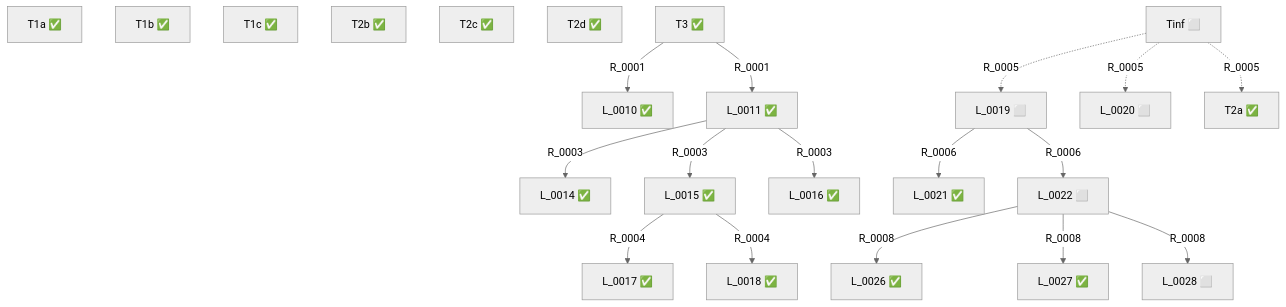
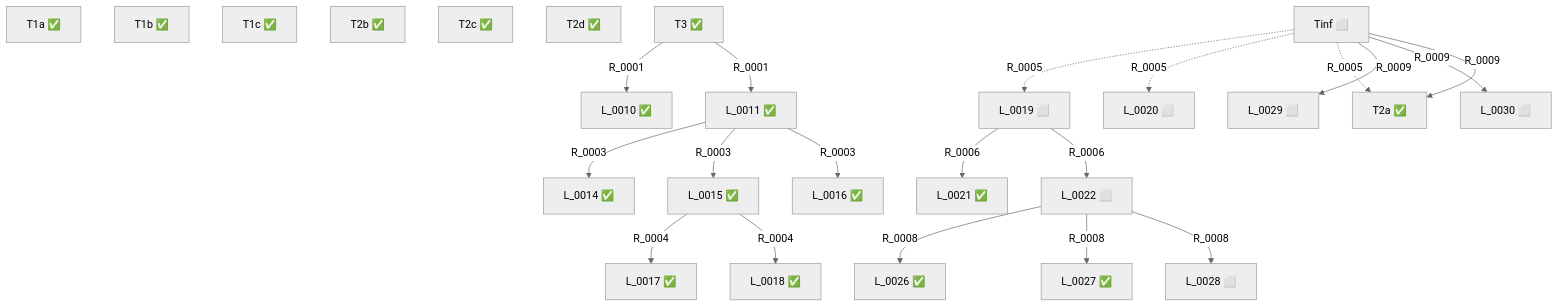
Before and after one commit to ruca-maths/nickel: the diagram in STATUS.md, drawn with Mermaid (neutral theme). The commit also changed other lines of this file and 5 other files, not shown here.

Commit message:
architect-1: Proofs.R_0009 を受理

````diff
--- a/STATUS.md
+++ b/STATUS.md
@@ -41,41 +43,46 @@
 ```mermaid
 graph TD
   L_0001["T1a ✅"]
   L_0002["T1b ✅"]
   L_0003["T1c ✅"]
   L_0004["T2a ✅"]
   L_0005["T2b ✅"]
   L_0006["T2c ✅"]
   L_0007["T2d ✅"]
   L_0008["T3 ✅"]
   L_0009["Tinf ⬜"]
   L_0010["L_0010 ✅"]
   L_0011["L_0011 ✅"]
   L_0014["L_0014 ✅"]
   L_0015["L_0015 ✅"]
   L_0016["L_0016 ✅"]
   L_0017["L_0017 ✅"]
   L_0018["L_0018 ✅"]
   L_0019["L_0019 ⬜"]
   L_0020["L_0020 ⬜"]
   L_0021["L_0021 ✅"]
   L_0022["L_0022 ⬜"]
   L_0026["L_0026 ✅"]
   L_0027["L_0027 ✅"]
   L_0028["L_0028 ⬜"]
+  L_0029["L_0029 ⬜"]
+  L_0030["L_0030 ⬜"]
   L_0008 -->|R_0001| L_0010
   L_0008 -->|R_0001| L_0011
   L_0011 -->|R_0003| L_0014
   L_0011 -->|R_0003| L_0015
   L_0011 -->|R_0003| L_0016
   L_0015 -->|R_0004| L_0017
   L_0015 -->|R_0004| L_0018
   L_0009 -.->|R_0005| L_0019
   L_0009 -.->|R_0005| L_0020
   L_0009 -.->|R_0005| L_0004
   L_0019 -->|R_0006| L_0021
   L_0019 -->|R_0006| L_0022
   L_0022 -->|R_0008| L_0026
   L_0022 -->|R_0008| L_0027
   L_0022 -->|R_0008| L_0028
+  L_0009 -->|R_0009| L_0029
+  L_0009 -->|R_0009| L_0030
+  L_0009 -->|R_0009| L_0004
 ```
````
